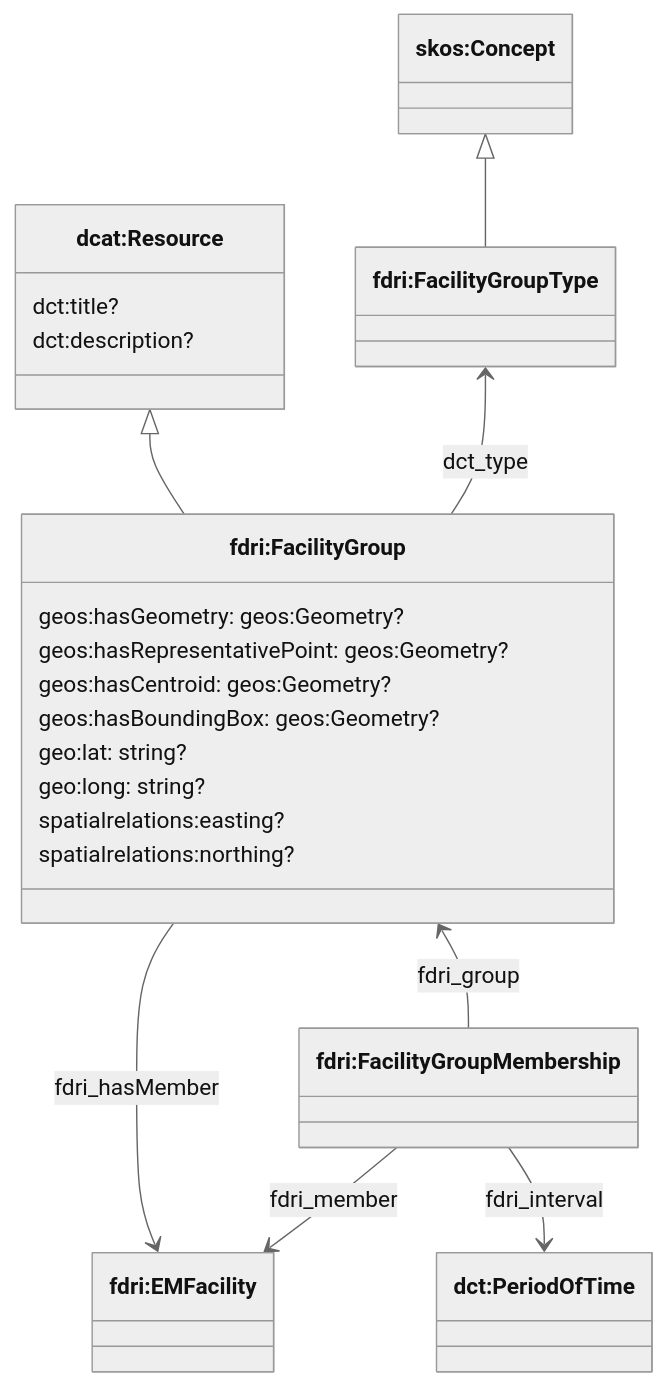
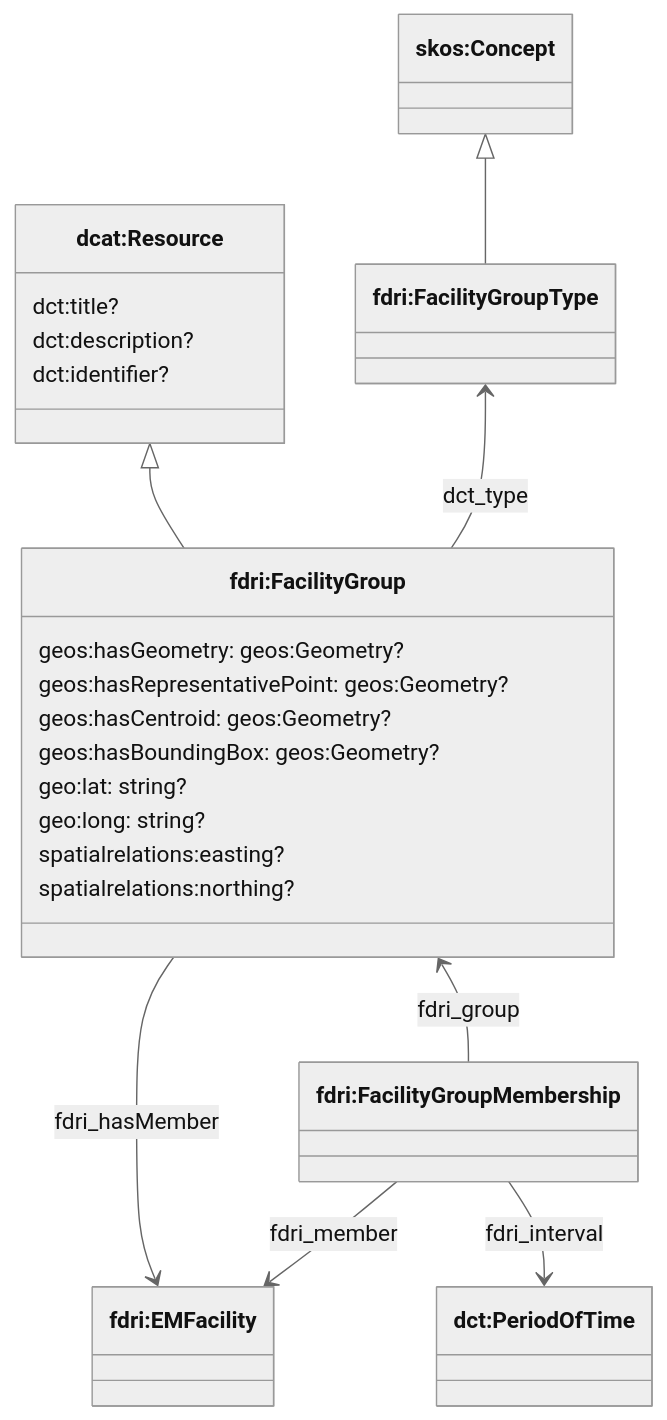
Before and after one commit to NERC-CEH/fdri-ontology: the eighth of 8 diagrams in doc/emf.md, drawn with Mermaid (neutral theme). The commit also changed other lines of this file, not shown here.

Commit message:
Document usage of dct:identifier on EMFacility and on FacilityGroup (#18)

````diff
--- a/doc/emf.md
+++ b/doc/emf.md
@@ -265,30 +272,31 @@
 ```mermaid
 classDiagram
 class EMF["fdri:EMFacility"]
 class Resource["dcat:Resource"] {
   dct:title?
   dct:description?
+  dct:identifier?
 }
 class FacilityGroup["fdri:FacilityGroup"] {
     geos:hasGeometry: geos:Geometry?
     geos:hasRepresentativePoint: geos:Geometry?
     geos:hasCentroid: geos:Geometry?
     geos:hasBoundingBox: geos:Geometry?
     geo:lat: string?
     geo:long: string?
     spatialrelations:easting?
     spatialrelations:northing?
 }
 class FacilityGroupMembership["fdri:FacilityGroupMembership"]
 class PeriodOfTime["dct:PeriodOfTime"]
 class Concept["skos:Concept"]
 class FacilityGroupType["fdri:FacilityGroupType"]
 
 Concept <|-- FacilityGroupType
 Resource <|-- FacilityGroup
 FacilityGroup --> EMF: fdri_hasMember
 FacilityGroupType <-- FacilityGroup: dct_type
 FacilityGroup <-- FacilityGroupMembership: fdri_group
 FacilityGroupMembership --> EMF: fdri_member
 FacilityGroupMembership --> PeriodOfTime: fdri_interval
 ```
````
